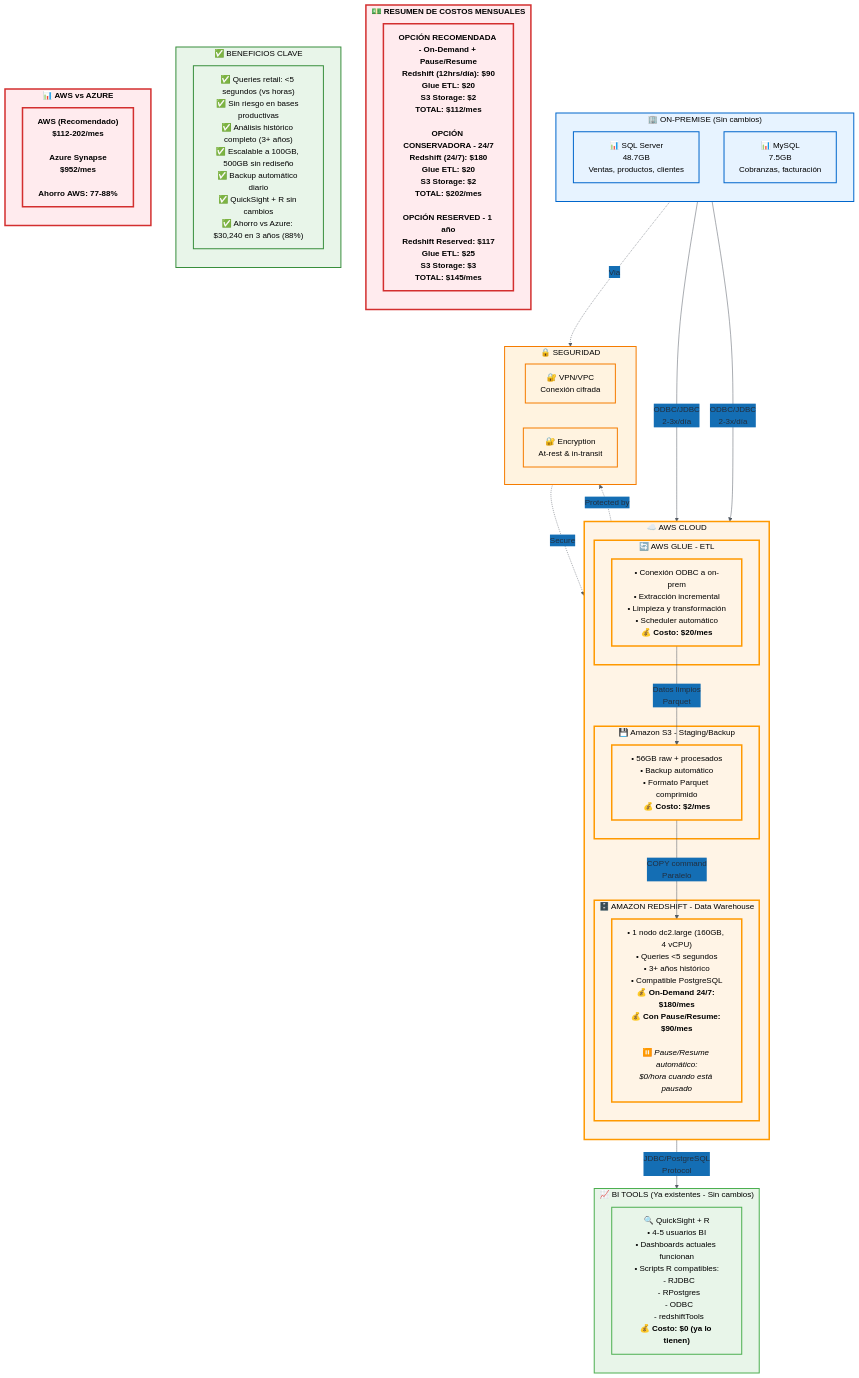
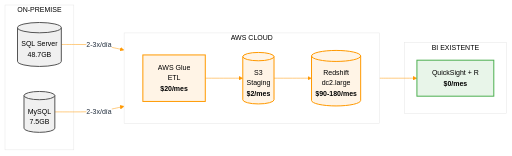
One commit to grobatto/megared-aws-proposal changed the diagram in MEGARED_Propuesta_DataWarehouse_AWS_v2.md. Above: the diagram before and after it, drawn with Mermaid. The commit also changed other lines of this file, not shown here.

Commit message:
Simplify architecture diagram - minimalist and cleaner design
- Horizontal flow (left to right)
- Clean color scheme: gray on-prem, orange AWS, green BI
- Direct cost information in nodes
- Removed verbose descriptions
- Professional and elegant presentation

🤖 Generated with [Claude Code](https://claude.com/claude-code)

````diff
--- a/MEGARED_Propuesta_DataWarehouse_AWS_v2.md
+++ b/MEGARED_Propuesta_DataWarehouse_AWS_v2.md
@@ -222,76 +222,33 @@
 ```mermaid
-%%{init: {'theme':'base', 'themeVariables': { 'primaryColor':'#FF9900','primaryTextColor':'#232F3E','primaryBorderColor':'#232F3E','lineColor':'#545B64','secondaryColor':'#146EB4','tertiaryColor':'#EEEEEE'}}}%%
-graph TD
-    subgraph ONPREM["🏢 ON-PREMISE (Sin cambios)"]
-        direction TB
-        SQL["📊 SQL Server<br/>48.7GB<br/>Ventas, productos, clientes"]
-        MYSQL["📊 MySQL<br/>7.5GB<br/>Cobranzas, facturación"]
+%%{init: {'theme':'base', 'themeVariables': {'primaryColor':'#ffffff','primaryTextColor':'#232F3E','primaryBorderColor':'#232F3E','lineColor':'#FF9900','fontSize':'14px'}}}%%
+graph LR
+    subgraph ON["ON-PREMISE"]
+        DB1[("SQL Server<br/>48.7GB")]
+        DB2[("MySQL<br/>7.5GB")]
     end
 
-    subgraph AWS["☁️ AWS CLOUD"]
-        direction TB
-
-        subgraph ETL["🔄 AWS GLUE - ETL"]
-            GLUE["• Conexión ODBC a on-prem<br/>• Extracción incremental<br/>• Limpieza y transformación<br/>• Scheduler automático<br/><b>💰 Costo: $20/mes</b>"]
-        end
-
-        subgraph STORAGE["💾 Amazon S3 - Staging/Backup"]
-            S3["• 56GB raw + procesados<br/>• Backup automático<br/>• Formato Parquet comprimido<br/><b>💰 Costo: $2/mes</b>"]
-        end
-
-        subgraph DW["🗄️ AMAZON REDSHIFT - Data Warehouse"]
-            REDSHIFT["• 1 nodo dc2.large (160GB, 4 vCPU)<br/>• Queries &lt;5 segundos<br/>• 3+ años histórico<br/>• Compatible PostgreSQL<br/><b>💰 On-Demand 24/7: $180/mes</b><br/><b>💰 Con Pause/Resume: $90/mes</b><br/><br/>⏸️ <i>Pause/Resume automático:</i><br/><i>$0/hora cuando está pausado</i>"]
-        end
+    subgraph AWS["AWS CLOUD"]
+        direction LR
+        GLUE["AWS Glue<br/>ETL<br/><b>$20/mes</b>"]
+        S3[("S3<br/>Staging<br/><b>$2/mes</b>")]
+        RS[("Redshift<br/>dc2.large<br/><b>$90-180/mes</b>")]
     end
 
-    subgraph BI["📈 BI TOOLS (Ya existentes - Sin cambios)"]
-        direction TB
-        QS["🔍 QuickSight + R<br/>• 4-5 usuarios BI<br/>• Dashboards actuales funcionan<br/>• Scripts R compatibles:<br/>  - RJDBC<br/>  - RPostgres<br/>  - ODBC<br/>  - redshiftTools<br/><b>💰 Costo: $0 (ya lo tienen)</b>"]
+    subgraph TOOLS["BI EXISTENTE"]
+        QS["QuickSight + R<br/><b>$0/mes</b>"]
     end
 
-    subgraph SEC["🔒 SEGURIDAD"]
-        direction LR
-        VPN["🔐 VPN/VPC<br/>Conexión cifrada"]
-        ENC["🔐 Encryption<br/>At-rest & in-transit"]
-    end
+    DB1 -->|"2-3x/día"| GLUE
+    DB2 -->|"2-3x/día"| GLUE
+    GLUE --> S3
+    S3 --> RS
+    RS --> QS
 
-    SQL -->|"ODBC/JDBC<br/>2-3x/día"| GLUE
-    MYSQL -->|"ODBC/JDBC<br/>2-3x/día"| GLUE
-    GLUE -->|"Datos limpios<br/>Parquet"| S3
-    S3 -->|"COPY command<br/>Paralelo"| REDSHIFT
-    REDSHIFT -->|"JDBC/PostgreSQL<br/>Protocol"| QS
+    classDef onprem fill:#f0f0f0,stroke:#555,stroke-width:2px,color:#000
+    classDef aws fill:#FFF4E6,stroke:#FF9900,stroke-width:2px,color:#000
+    classDef bi fill:#E8F5E9,stroke:#4CAF50,stroke-width:2px,color:#000
 
-    ONPREM -.->|"Via"| VPN
-    VPN -.->|"Secure"| AWS
-    AWS -.->|"Protected by"| ENC
-
-    subgraph COSTS["💵 RESUMEN DE COSTOS MENSUALES"]
-        direction TB
-        COST_OPT["<b>OPCIÓN RECOMENDADA - On-Demand + Pause/Resume</b><br/>Redshift (12hrs/día): $90<br/>Glue ETL: $20<br/>S3 Storage: $2<br/><b>TOTAL: $112/mes</b><br/><br/><b>OPCIÓN CONSERVADORA - 24/7</b><br/>Redshift (24/7): $180<br/>Glue ETL: $20<br/>S3 Storage: $2<br/><b>TOTAL: $202/mes</b><br/><br/><b>OPCIÓN RESERVED - 1 año</b><br/>Redshift Reserved: $117<br/>Glue ETL: $25<br/>S3 Storage: $3<br/><b>TOTAL: $145/mes</b>"]
-    end
-
-    subgraph BENEFITS["✅ BENEFICIOS CLAVE"]
-        direction TB
-        BEN["✅ Queries retail: &lt;5 segundos (vs horas)<br/>✅ Sin riesgo en bases productivas<br/>✅ Análisis histórico completo (3+ años)<br/>✅ Escalable a 100GB, 500GB sin rediseño<br/>✅ Backup automático diario<br/>✅ QuickSight + R sin cambios<br/>✅ Ahorro vs Azure: $30,240 en 3 años (88%)"]
-    end
-
-    subgraph COMP["📊 AWS vs AZURE"]
-        direction TB
-        COMPARE["<b>AWS (Recomendado)</b><br/>$112-202/mes<br/><br/><b>Azure Synapse</b><br/>$952/mes<br/><br/><b>Ahorro AWS: 77-88%</b>"]
-    end
-
-    classDef onpremStyle fill:#E7F3FF,stroke:#0066CC,stroke-width:2px,color:#000
-    classDef awsStyle fill:#FFF4E6,stroke:#FF9900,stroke-width:3px,color:#000
-    classDef biStyle fill:#E8F5E9,stroke:#4CAF50,stroke-width:2px,color:#000
-    classDef secStyle fill:#FFF3E0,stroke:#F57C00,stroke-width:2px,color:#000
-    classDef costStyle fill:#FFEBEE,stroke:#D32F2F,stroke-width:3px,color:#000,font-weight:bold
-    classDef benefitStyle fill:#E8F5E9,stroke:#388E3C,stroke-width:2px,color:#000
-
-    class ONPREM,SQL,MYSQL onpremStyle
-    class AWS,ETL,STORAGE,DW,GLUE,S3,REDSHIFT awsStyle
-    class BI,QS biStyle
-    class SEC,VPN,ENC secStyle
-    class COSTS,COST_OPT costStyle
-    class BENEFITS,BEN benefitStyle
-    class COMP,COMPARE costStyle
+    class DB1,DB2 onprem
+    class GLUE,S3,RS aws
+    class QS bi
 ```
````
